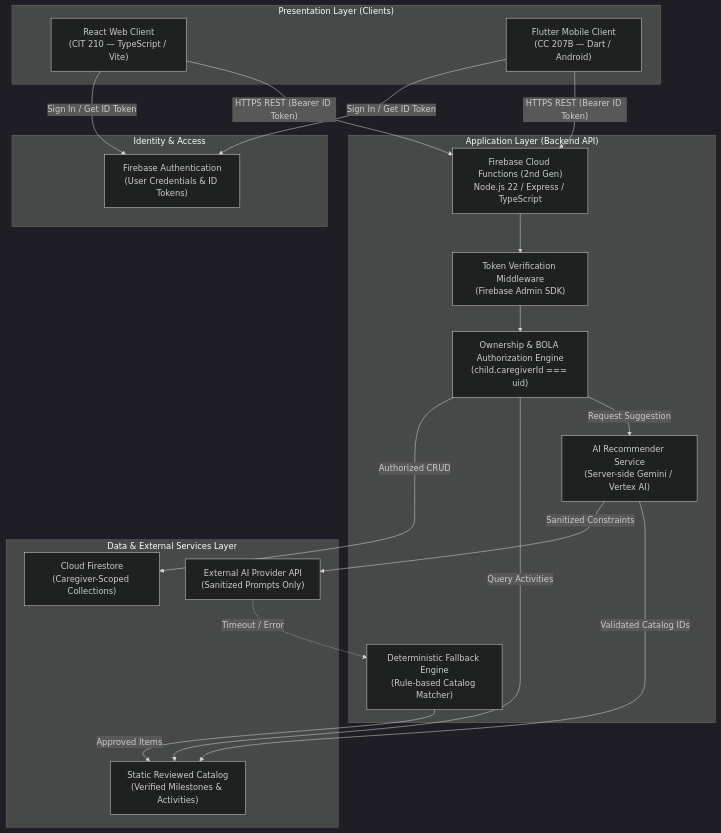
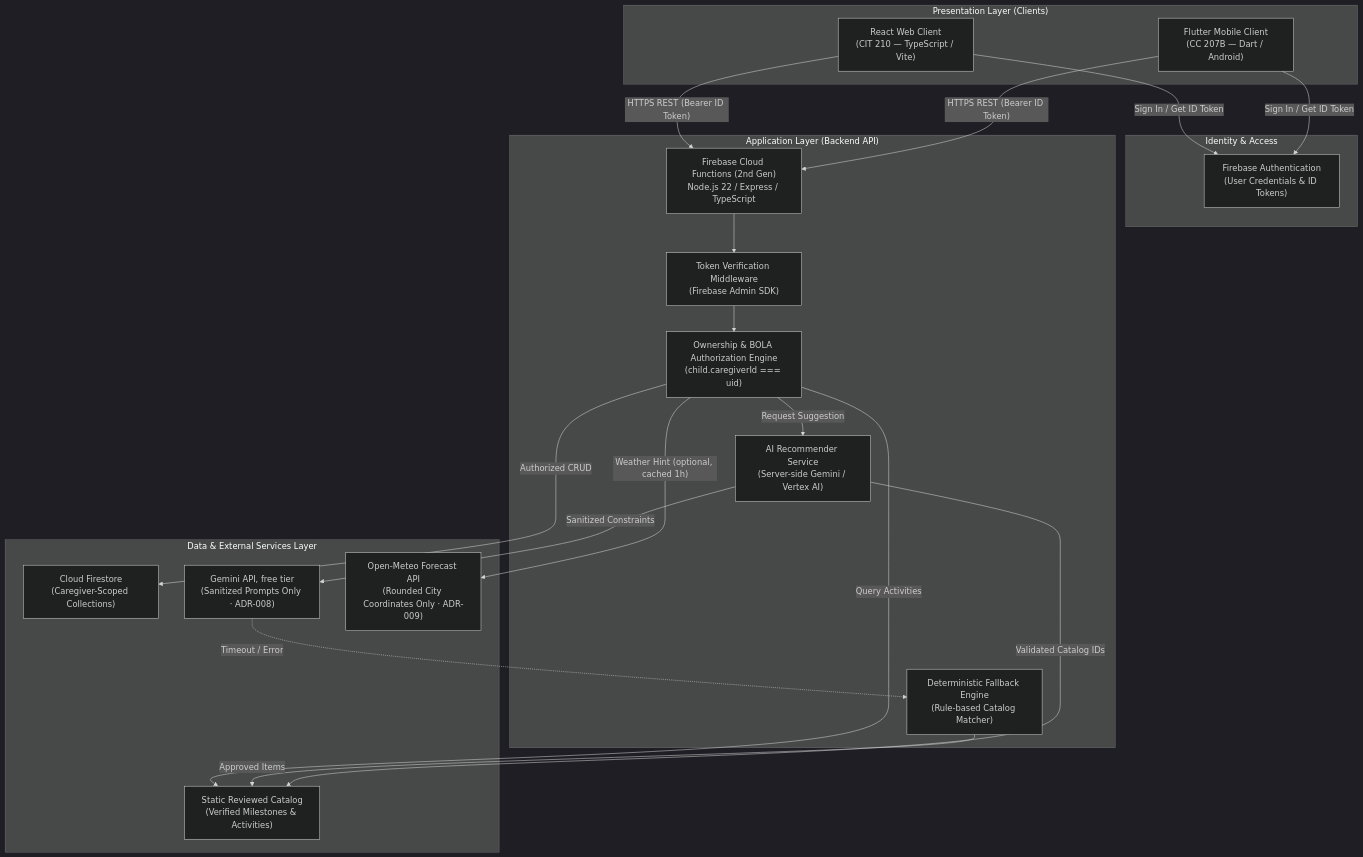
One commit to Thesis-Titans/littlesteps-docs changed the diagram in docs/architecture-decisions.md. Above: the diagram before and after it, drawn with Mermaid (dark theme). The commit also changed other lines of this file and 10 other files, not shown here.

First line of the commit message:
docs: plan Gemini and Open-Meteo integrations and fix the CIT 246 team (#35)

````diff
--- a/docs/architecture-decisions.md
+++ b/docs/architecture-decisions.md
@@ -17,46 +17,48 @@
 ```mermaid
 graph TD
     subgraph Clients["Presentation Layer (Clients)"]
         WebClient["React Web Client<br/>(CIT 210 — TypeScript / Vite)"]
         MobileClient["Flutter Mobile Client<br/>(CC 207B — Dart / Android)"]
     end
 
     subgraph Identity["Identity & Access"]
         FirebaseAuth["Firebase Authentication<br/>(User Credentials & ID Tokens)"]
     end
 
     subgraph Backend["Application Layer (Backend API)"]
         CloudFunctions["Firebase Cloud Functions (2nd Gen)<br/>Node.js 22 / Express / TypeScript"]
         AuthMiddleware["Token Verification Middleware<br/>(Firebase Admin SDK)"]
         BOLAAuth["Ownership & BOLA Authorization Engine<br/>(child.caregiverId === uid)"]
         AIService["AI Recommender Service<br/>(Server-side Gemini / Vertex AI)"]
         FallbackService["Deterministic Fallback Engine<br/>(Rule-based Catalog Matcher)"]
     end
 
     subgraph Persistence["Data & External Services Layer"]
         Firestore["Cloud Firestore<br/>(Caregiver-Scoped Collections)"]
         ReviewedCatalog["Static Reviewed Catalog<br/>(Verified Milestones & Activities)"]
-        ExternalAI["External AI Provider API<br/>(Sanitized Prompts Only)"]
+        ExternalAI["Gemini API, free tier<br/>(Sanitized Prompts Only · ADR-008)"]
+        Weather["Open-Meteo Forecast API<br/>(Rounded City Coordinates Only · ADR-009)"]
     end
 
     %% Client auth flows
     WebClient -->|"Sign In / Get ID Token"| FirebaseAuth
     MobileClient -->|"Sign In / Get ID Token"| FirebaseAuth
 
     %% Client API calls
     WebClient -->|"HTTPS REST (Bearer ID Token)"| CloudFunctions
     MobileClient -->|"HTTPS REST (Bearer ID Token)"| CloudFunctions
 
     %% Backend processing
     CloudFunctions --> AuthMiddleware
     AuthMiddleware --> BOLAAuth
     BOLAAuth -->|"Authorized CRUD"| Firestore
     BOLAAuth -->|"Query Activities"| ReviewedCatalog
 
     %% AI Recommendation flow
     BOLAAuth -->|"Request Suggestion"| AIService
     AIService -->|"Sanitized Constraints"| ExternalAI
+    BOLAAuth -->|"Weather Hint (optional, cached 1h)"| Weather
     ExternalAI -.->|"Timeout / Error"| FallbackService
     FallbackService -->|"Approved Items"| ReviewedCatalog
     AIService -->|"Validated Catalog IDs"| ReviewedCatalog
 ```
````
